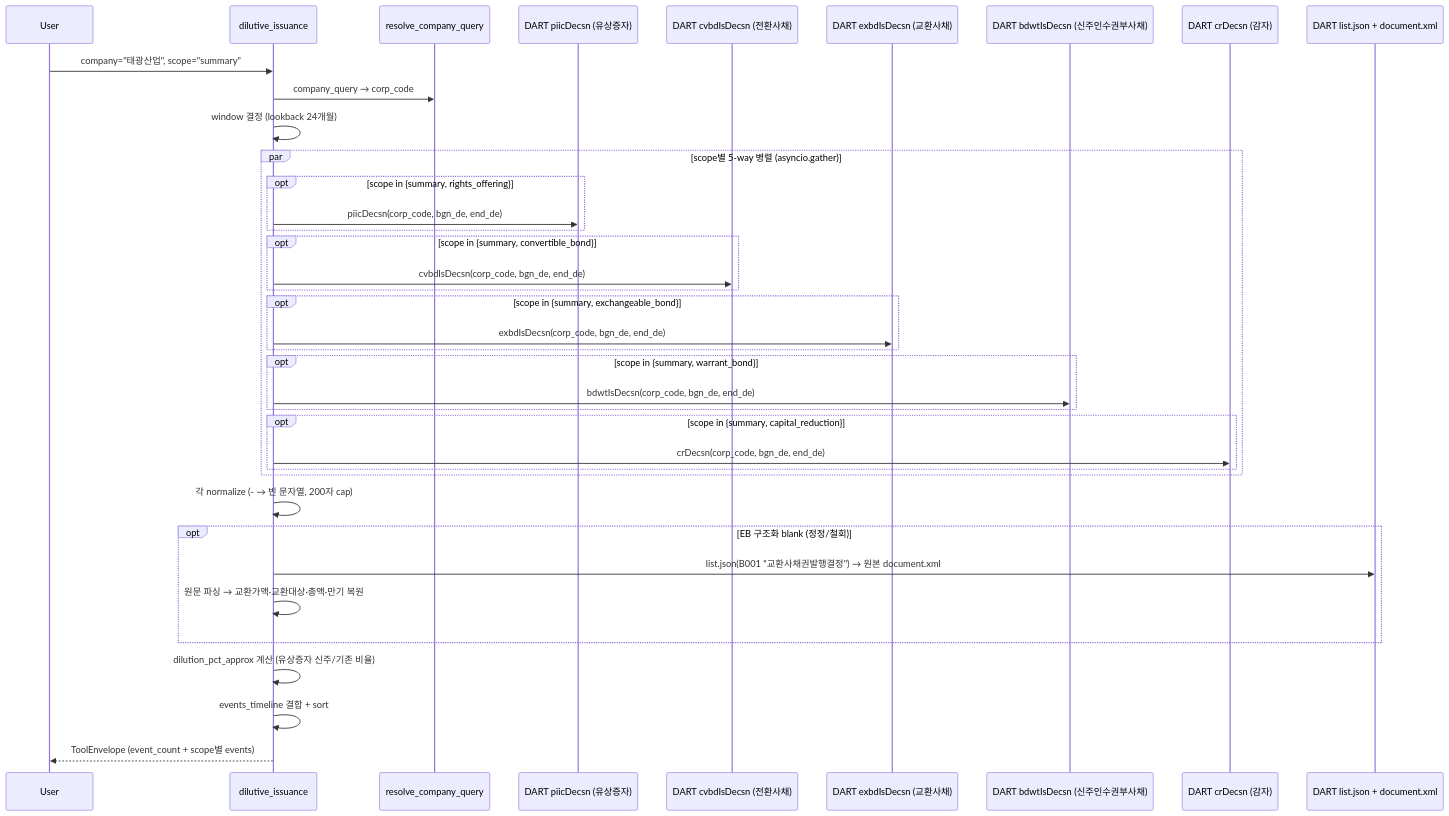
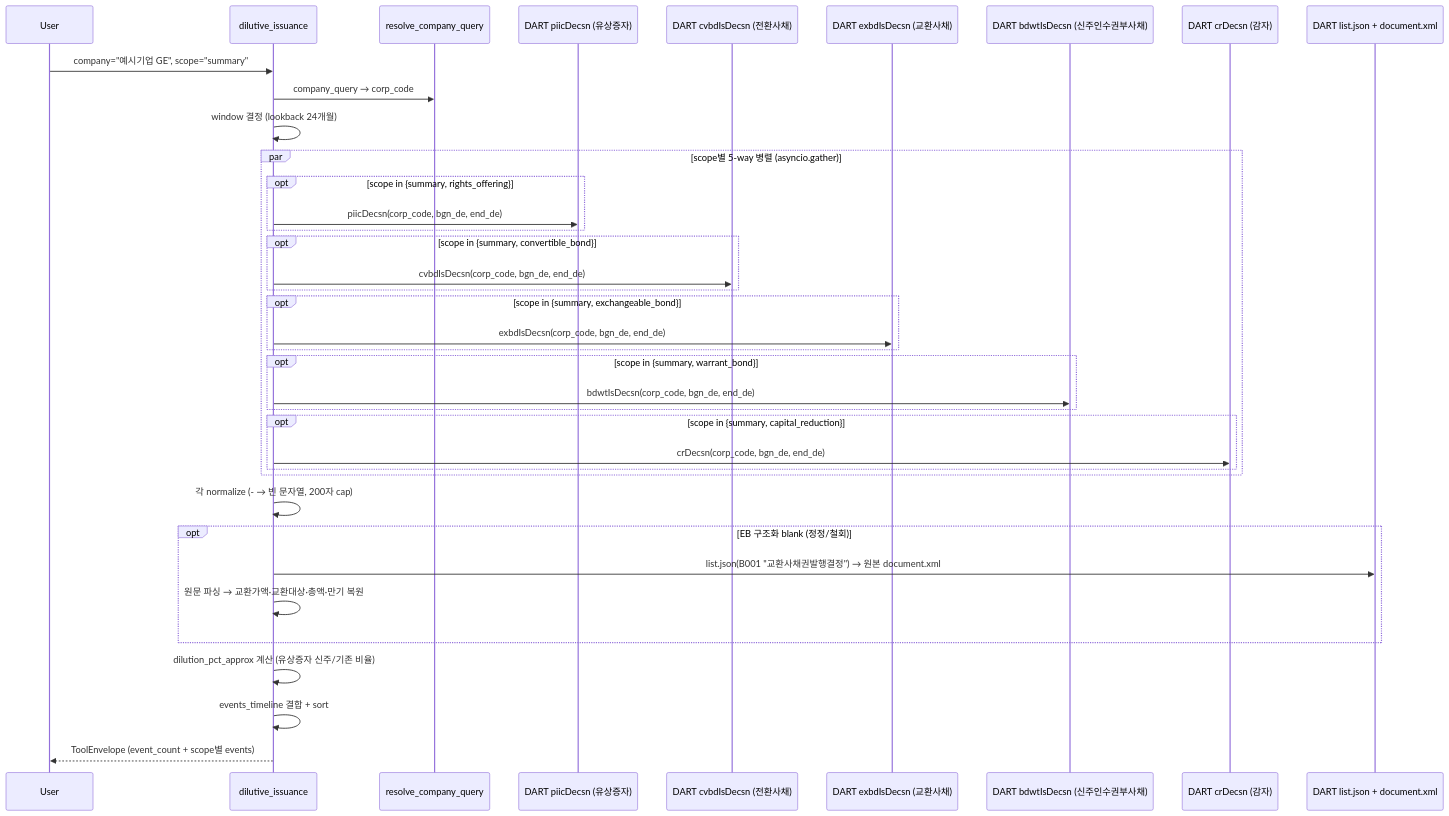
The diagram in wiki/tools/dilutive_issuance.md (MarcoYou/open-proxy-mcp), drawn with Mermaid before and after one commit. The commit also changed other lines of this file and 156 other files, not shown here.

````diff
--- a/wiki/tools/dilutive_issuance.md
+++ b/wiki/tools/dilutive_issuance.md
@@ -108,40 +110,40 @@
 ```mermaid
 sequenceDiagram
     participant U as User
     participant T as dilutive_issuance
     participant R as resolve_company_query
     participant P as DART piicDecsn (유상증자)
     participant CB as DART cvbdIsDecsn (전환사채)
     participant EB as DART exbdIsDecsn (교환사채)
     participant BW as DART bdwtIsDecsn (신주인수권부사채)
     participant CR as DART crDecsn (감자)
     participant DOC as DART list.json + document.xml
-    U->>T: company="태광산업", scope="summary"
+    U->>T: company="예시기업 GE", scope="summary"
     T->>R: company_query → corp_code
     T->>T: window 결정 (lookback 24개월)
     par scope별 5-way 병렬 (asyncio.gather)
         opt scope in {summary, rights_offering}
             T->>P: piicDecsn(corp_code, bgn_de, end_de)
         end
         opt scope in {summary, convertible_bond}
             T->>CB: cvbdIsDecsn(corp_code, bgn_de, end_de)
         end
         opt scope in {summary, exchangeable_bond}
             T->>EB: exbdIsDecsn(corp_code, bgn_de, end_de)
         end
         opt scope in {summary, warrant_bond}
             T->>BW: bdwtIsDecsn(corp_code, bgn_de, end_de)
         end
         opt scope in {summary, capital_reduction}
             T->>CR: crDecsn(corp_code, bgn_de, end_de)
         end
     end
     T->>T: 각 normalize (- → 빈 문자열, 200자 cap)
     opt EB 구조화 blank (정정/철회)
         T->>DOC: list.json(B001 "교환사채권발행결정") → 원본 document.xml
         T->>T: 원문 파싱 → 교환가액·교환대상·총액·만기 복원
     end
     T->>T: dilution_pct_approx 계산 (유상증자 신주/기존 비율)
     T->>T: events_timeline 결합 + sort
     T-->>U: ToolEnvelope (event_count + scope별 events)
 ```
````
